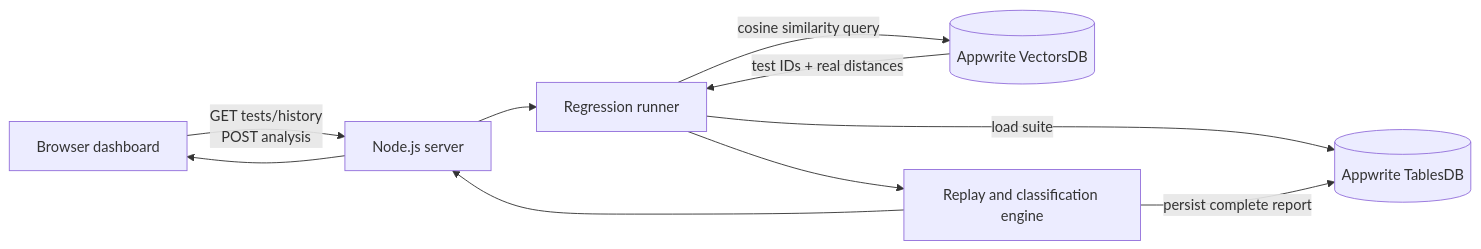
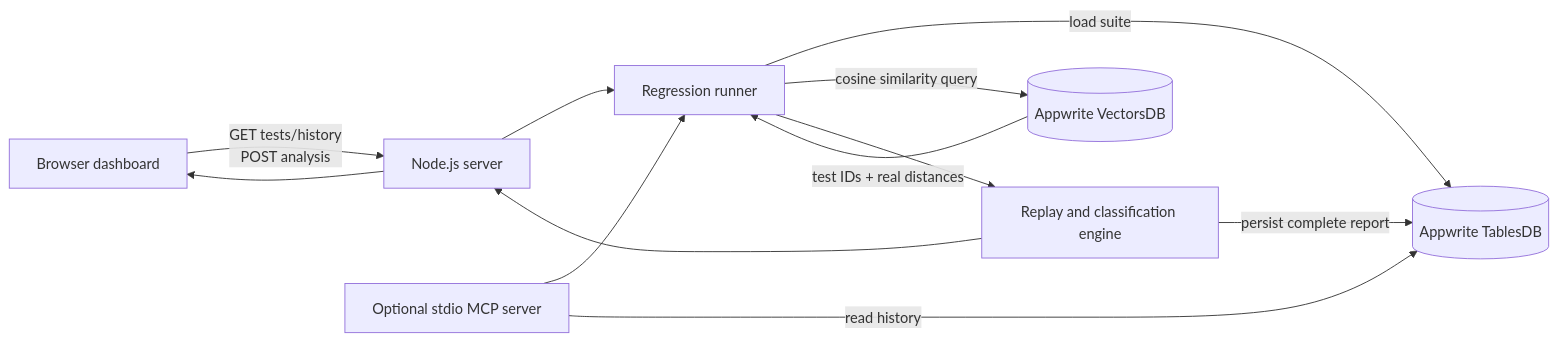
Before and after one commit to Omar8345/context-canary: the second of 2 diagrams in README.md, drawn with Mermaid. The commit also changed other lines of this file and 5 other files, not shown here.

````diff
--- a/README.md
+++ b/README.md
@@ -28,12 +58,14 @@
 ```mermaid
 flowchart LR
   B[Browser dashboard] -->|GET tests/history<br>POST analysis| S[Node.js server]
   S --> R[Regression runner]
+  M[Optional stdio MCP server] --> R
+  M -->|read history| T
   R -->|load suite| T[(Appwrite TablesDB)]
   R -->|cosine similarity query| V[(Appwrite VectorsDB)]
   V -->|test IDs + real distances| R
   R --> E[Replay and classification engine]
   E -->|persist complete report| T
   E --> S
   S --> B
 ```
````
